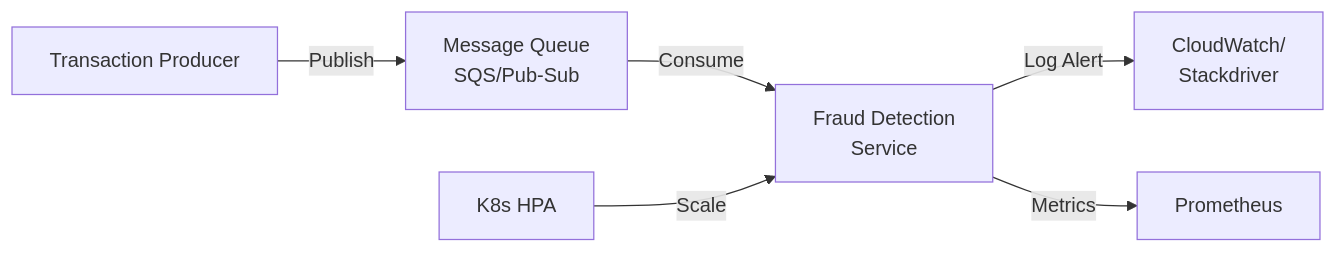
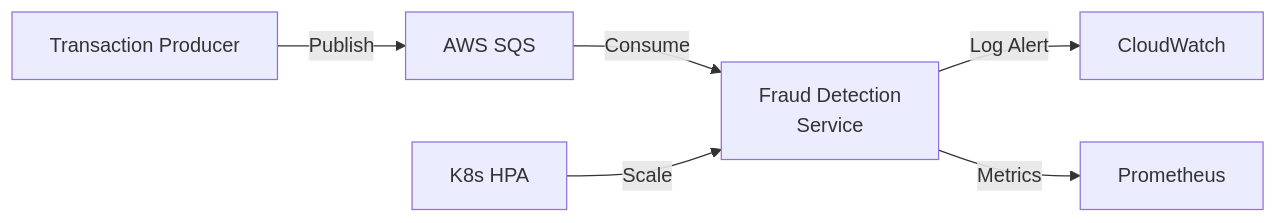
The diagram in README.md (laozhen/realtime_fraud_detection_system), drawn with Mermaid before and after one commit. The commit also changed other lines of this file and 30 other files, not shown here.

````diff
--- a/README.md
+++ b/README.md
@@ -22,8 +22,8 @@
 ```mermaid
 graph LR
-    A[Transaction Producer] -->|Publish| B[Message Queue<br/>SQS/Pub-Sub]
+    A[Transaction Producer] -->|Publish| B[AWS SQS]
     B -->|Consume| C[Fraud Detection<br/>Service]
-    C -->|Log Alert| D[CloudWatch/<br/>Stackdriver]
+    C -->|Log Alert| D[CloudWatch]
     C -->|Metrics| E[Prometheus]
     F[K8s HPA] -->|Scale| C
 ```
````
